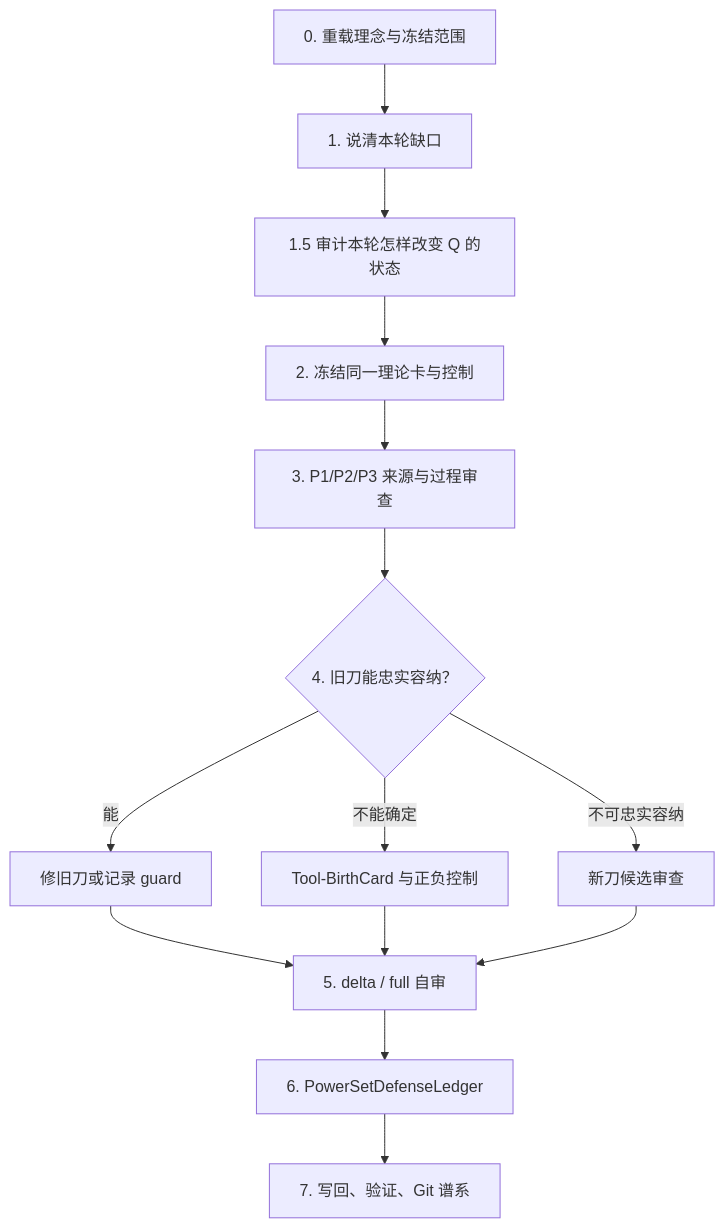
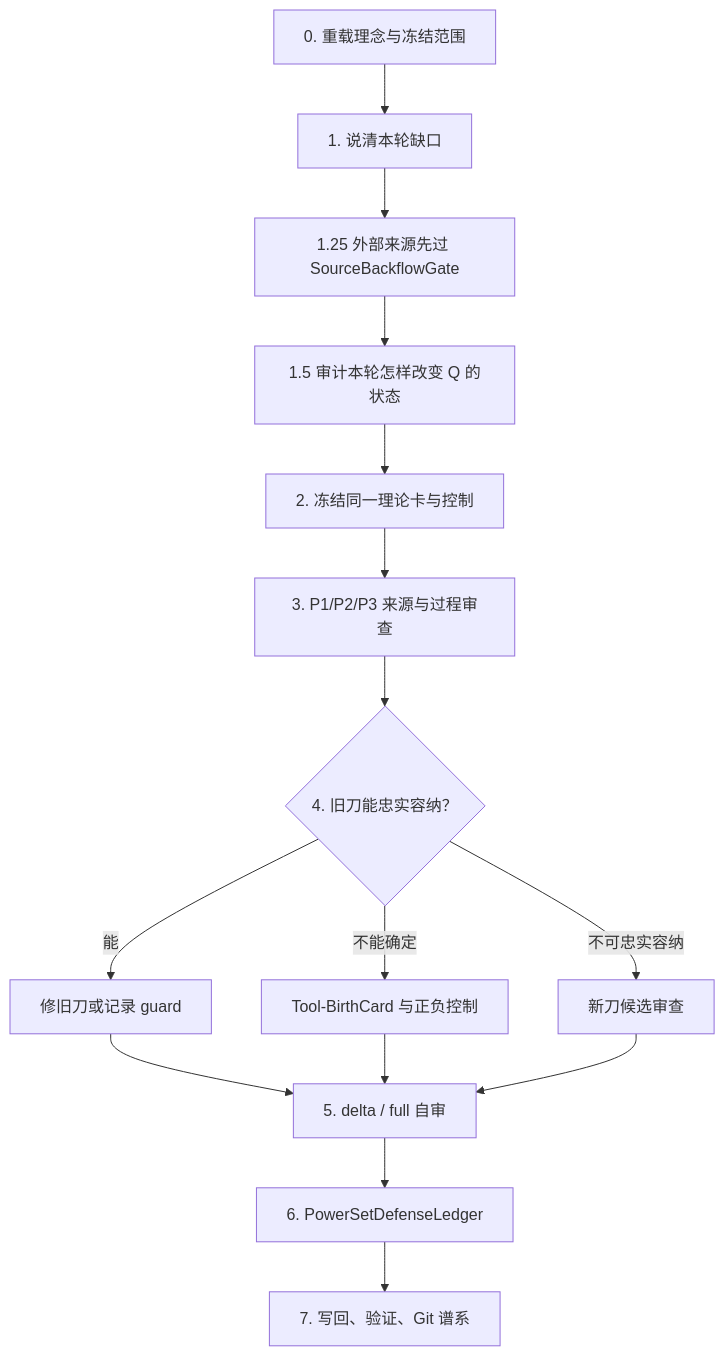
One commit to math-fournity/HoTT-Paradoxy changed the diagram in dev-docs/模式P刀具持续锻造SOP/001 - 操作合同、检查维度与幂集防御账本.md. Above: the diagram before and after it, drawn with Mermaid. The commit also changed other lines of this file and 11 other files, not shown here.

````diff
--- a/dev-docs/模式P刀具持续锻造SOP/001 - 操作合同、检查维度与幂集防御账本.md
+++ b/dev-docs/模式P刀具持续锻造SOP/001 - 操作合同、检查维度与幂集防御账本.md
@@ -33,16 +34,17 @@
 ```mermaid
 flowchart TD
   A[0. 重载理念与冻结范围] --> B[1. 说清本轮缺口]
-  B --> BQ[1.5 审计本轮怎样改变 Q 的状态]
+  B --> BS[1.25 外部来源先过 SourceBackflowGate]
+  BS --> BQ[1.5 审计本轮怎样改变 Q 的状态]
   BQ --> C[2. 冻结同一理论卡与控制]
   C --> D[3. P1/P2/P3 来源与过程审查]
   D --> E{4. 旧刀能忠实容纳？}
   E -->|能| F[修旧刀或记录 guard]
   E -->|不能确定| G[Tool-BirthCard 与正负控制]
   E -->|不可忠实容纳| H[新刀候选审查]
   F --> I[5. delta / full 自审]
   G --> I
   H --> I
   I --> J[6. PowerSetDefenseLedger]
   J --> K[7. 写回、验证、Git 谱系]
 ```
````
